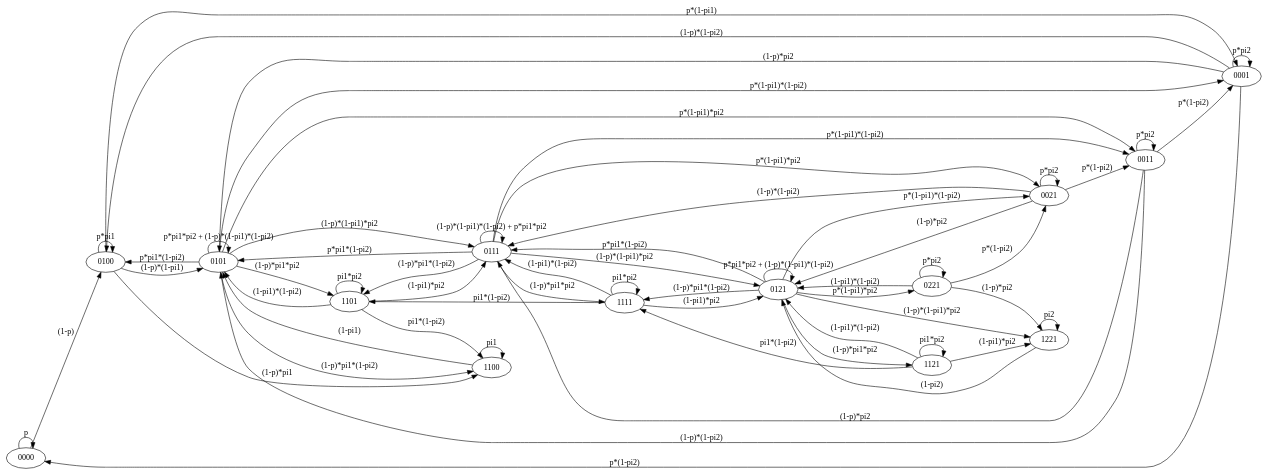
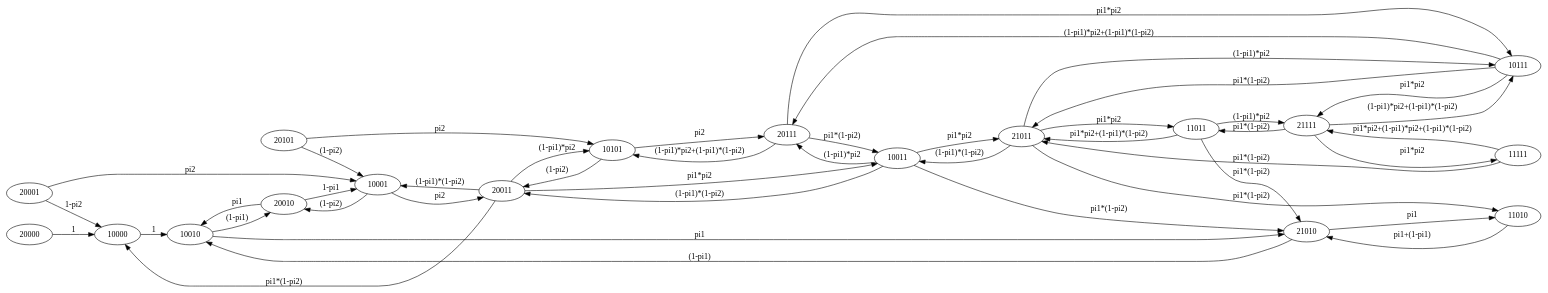
The diagram in 3/state_diagram.dot (valexby/MOD), drawn with Graphviz before and after one commit. The commit also changed 4 other files, not shown here.

```diff
--- a/3/state_diagram.dot
+++ b/3/state_diagram.dot
@@ -1,84 +1,67 @@
 digraph {
 
 rankdir=LR;
 splines=true;
 overlap=false;
 
-	0000 -> 0000[label="p"];
-	0000 -> 0100[label="(1-p)"];
+    20000 -> 10000[label="1"];
+    
+    10000 -> 10010[label="1"];
+    
+    20001 -> 10001[label="pi2"];
+    20001 -> 10000[label="1-pi2"];
 
-	0100 -> 0101[label="(1-p)*(1-pi1)"];
-    0100 -> 0001[label="p*(1-pi1)"];
-    0100 -> 0100[label="p*pi1"];
-    0100 -> 1100[label="(1-p)*pi1"];
+    20010 -> 10010[label="pi1"];
+    20010 -> 10001[label="1-pi1"];
+
+    20011 -> 10011[label="pi1*pi2"];
+    20011 -> 10101[label="(1-pi1)*pi2"];
+    20011 -> 10000[label="pi1*(1-pi2)"];
+    20011 -> 10001[label="(1-pi1)*(1-pi2)"];
+
+    20101 -> 10101[label="pi2"];
+    20101 -> 10001[label="(1-pi2)"];
+
+    20111 -> 10111[label="pi1*pi2"];
+    20111 -> 10101[label="(1-pi1)*pi2+(1-pi1)*(1-pi2)"];
+    20111 -> 10011[label="pi1*(1-pi2)"];
+
+    21010 -> 11010[label="pi1"];
+    21010 -> 10010[label="(1-pi1)"];    
+
+    21011 -> 11011[label="pi1*pi2"];
+    21011 -> 10111[label="(1-pi1)*pi2"];
+    21011 -> 11010[label="pi1*(1-pi2)"];
+    21011 -> 10011[label="(1-pi1)*(1-pi2)"];
+
+    21111 -> 11111[label="pi1*pi2"];
+    21111 -> 10111[label="(1-pi1)*pi2+(1-pi1)*(1-pi2)"];
+    21111 -> 11011[label="pi1*(1-pi2)"];
+     
+    10001 -> 20011[label="pi2"];
+    10001 -> 20010[label="(1-pi2)"];
+
+    10010 -> 21010[label="pi1"];
+    10010 -> 20010[label="(1-pi1)"];
+
+    10011 -> 21011[label="pi1*pi2"];
+    10011 -> 20111[label="(1-pi1)*pi2"];
+    10011 -> 21010[label="pi1*(1-pi2)"];
+    10011 -> 20011[label="(1-pi1)*(1-pi2)"];
+
+    10101 -> 20111[label="pi2"];
+    10101 -> 20011[label="(1-pi2)"];
+
+    10111 -> 21111[label="pi1*pi2"];
+    10111 -> 20111[label="(1-pi1)*pi2+(1-pi1)*(1-pi2)"];
+    10111 -> 21011[label="pi1*(1-pi2)"];
     
+    11010 -> 21010[label="pi1+(1-pi1)"];
 
-    1100 -> 1100[label="pi1"];
-    1100 -> 0101[label="(1-pi1)"];
-    
+    11011 -> 21011[label="pi1*pi2+(1-pi1)*(1-pi2)"];
+    11011 -> 21111[label="(1-pi1)*pi2"];
+    11011 -> 21010[label="pi1*(1-pi2)"];
 
-    0001 -> 0000[label="p*(1-pi2)"];
-    0001 -> 0001[label="p*pi2"];
-    0001 -> 0100[label="(1-p)*(1-pi2)"];
-    0001 -> 0101[label="(1-p)*pi2"];
-
-    0101 -> 0100[label="p*pi1*(1-pi2)"];
-    0101 -> 0111[label="(1-p)*(1-pi1)*pi2"];
-    0101 -> 0101[label="p*pi1*pi2 + (1-p)*(1-pi1)*(1-pi2)"];
-    0101 -> 0001[label="p*(1-pi1)*(1-pi2)"];
-    0101 -> 0011[label="p*(1-pi1)*pi2"];
-    0101 -> 1101[label="(1-p)*pi1*pi2"];
-    0101 -> 1100[label="(1-p)*pi1*(1-pi2)"];
-
-    1101 -> 1100[label="pi1*(1-pi2)"];
-    1101 -> 1101[label="pi1*pi2"]; 
-    1101 -> 0101[label="(1-pi1)*(1-pi2)"];
-    1101 -> 0111[label="(1-pi1)*pi2"];
-
-        
-    0111 -> 0011[label="p*(1-pi1)*(1-pi2)"];
-    0111 -> 0101[label="p*pi1*(1-pi2)"];
-    0111 -> 0121[label="(1-p)*(1-pi1)*pi2"];
-    0111 -> 0111[label="(1-p)*(1-pi1)*(1-pi2) + p*pi1*pi2"];
-    0111 -> 0021[label="p*(1-pi1)*pi2"];
-    0111 -> 1111[label="(1-p)*pi1*pi2"];
-    0111 -> 1101[label="(1-p)*pi1*(1-pi2)"];
-
-    1111 -> 0121[label="(1-pi1)*pi2"];
-    1111 -> 1101[label="pi1*(1-pi2)"];
-    1111 -> 0111[label="(1-pi1)*(1-pi2)"];
-    1111 -> 1111[label="pi1*pi2"];
-    
-
-    0011 -> 0011[label="p*pi2"];
-    0011 -> 0111[label="(1-p)*pi2"];
-    0011 -> 0001[label="p*(1-pi2)"];
-    0011 -> 0101[label="(1-p)*(1-pi2)"];
-
-    0121 -> 0111[label="p*pi1*(1-pi2)"];
-    0121 -> 0121[label="p*pi1*pi2 + (1-p)*(1-pi1)*(1-pi2)"];
-    0121 -> 0021[label="p*(1-pi1)*(1-pi2)"];
-    0121 -> 0221[label="p*(1-pi1)*pi2"];
-    0121 -> 1111[label="(1-p)*pi1*(1-pi2)"];
-    0121 -> 1121[label="(1-p)*pi1*pi2"];
-    0121 -> 1221[label="(1-p)*(1-pi1)*pi2"];
-
-    0221 -> 0121[label="(1-pi1)*(1-pi2)"];
-    0221 -> 0221[label="p*pi2"];
-    0221 -> 0021[label="p*(1-pi2)"];
-    0221 -> 1221[label="(1-p)*pi2"];
-
-    1121 -> 1121[label="pi1*pi2"];
-    1121 -> 1221[label="(1-pi1)*pi2"];
-    1121 -> 1111[label="pi1*(1-pi2)"];
-    1121 -> 0121[label="(1-pi1)*(1-pi2)"];
-
-    1221 -> 1221[label="pi2"];
-    1221 -> 0121[label="(1-pi2)"];
-    
-    0021 -> 0021[label="p*pi2"];
-    0021 -> 0121[label="(1-p)*pi2"];
-    0021 -> 0111[label="(1-p)*(1-pi2)"];
-    0021 -> 0011[label="p*(1-pi2)"];
-    
+    11111 -> 21111[label="pi1*pi2+(1-pi1)*pi2+(1-pi1)*(1-pi2)"];
+    11111 -> 21011[label="pi1*(1-pi2)"];
 }
```
